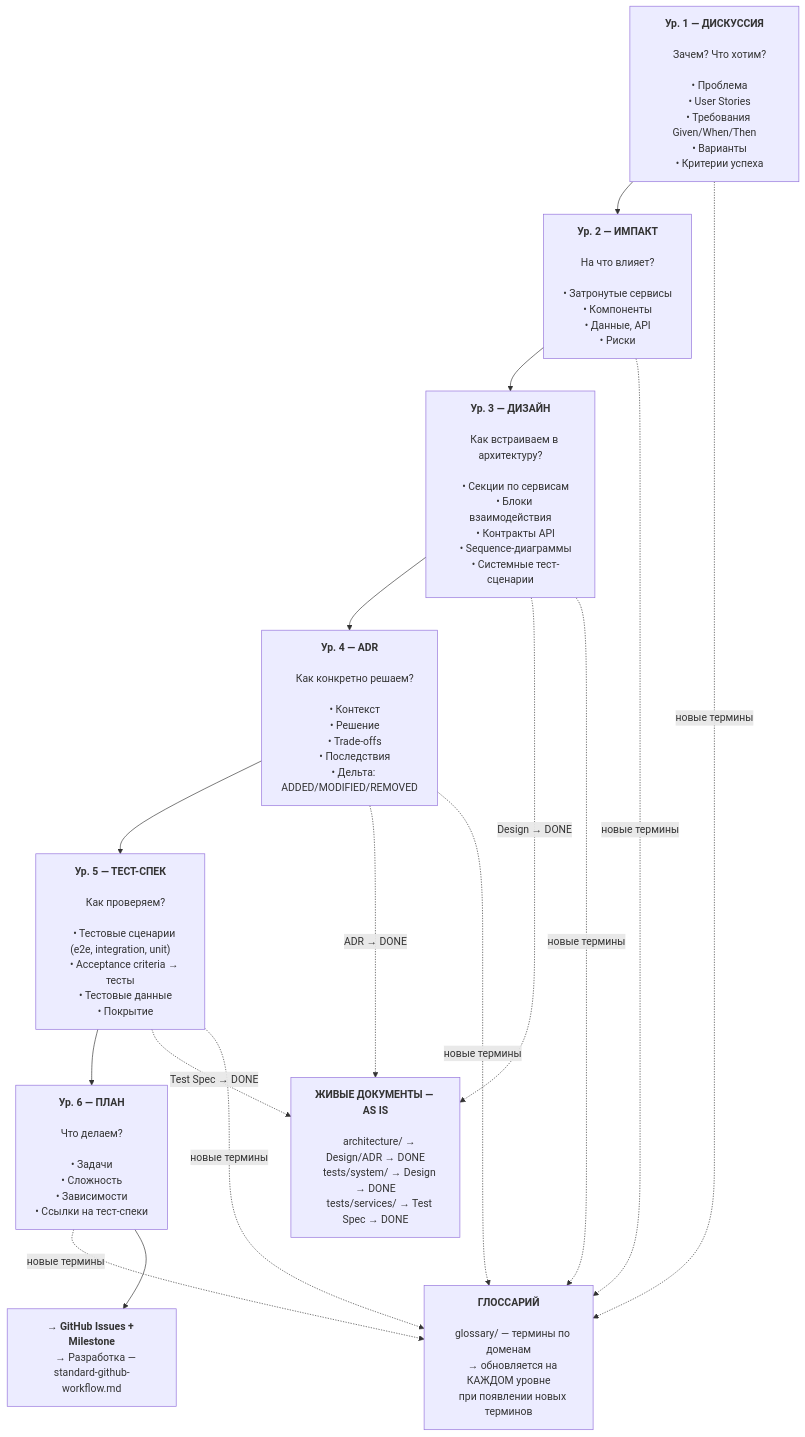
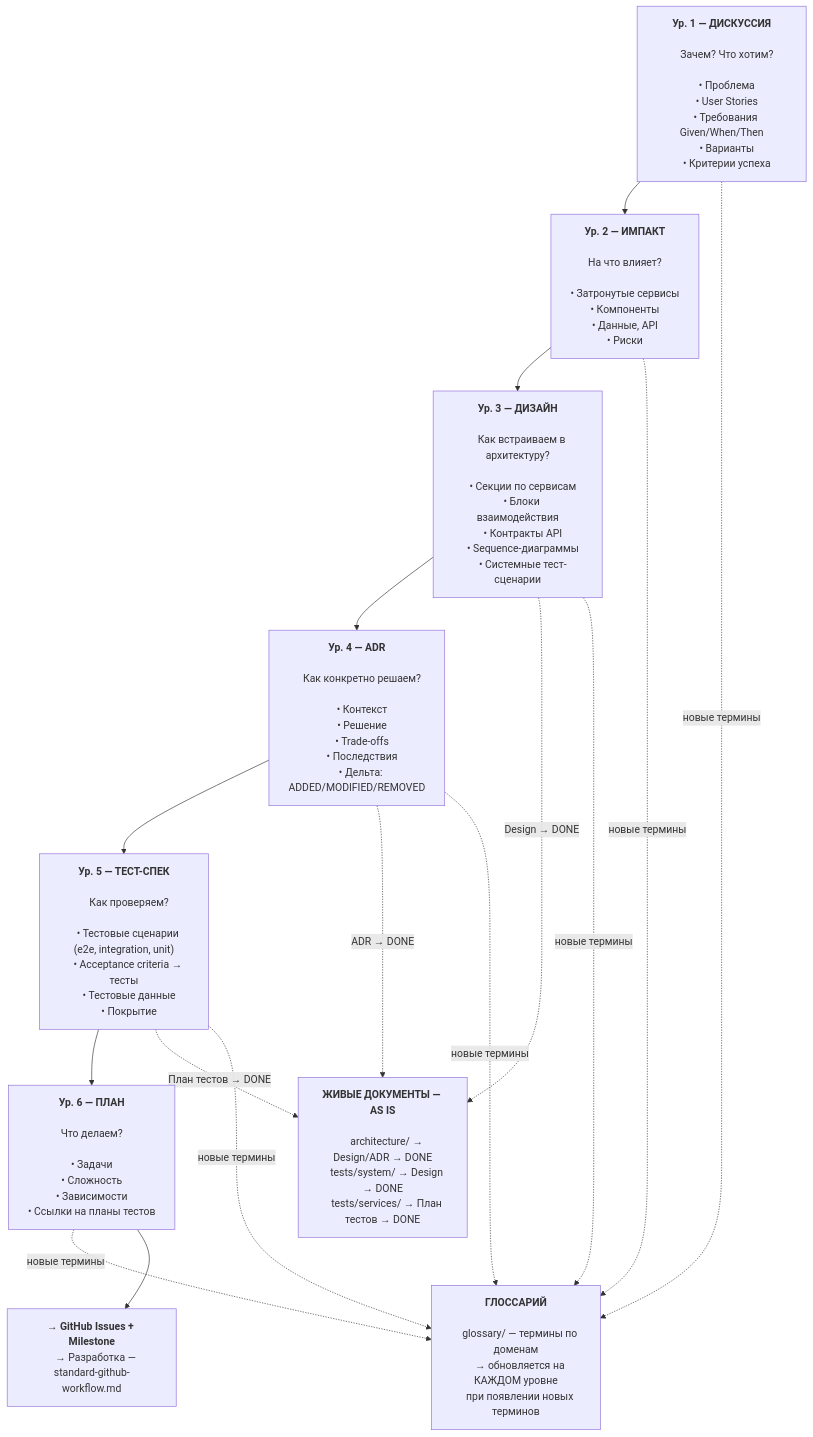
One commit to NSEvteev/FullSpec changed the first of 5 diagrams in .claude/drafts/examples/2026-02-08-specs-architecture.md. Above: the diagram before and after it, drawn with Mermaid. The commit also changed other lines of this file and 19 other files, not shown here.

````diff
--- a/.claude/drafts/examples/2026-02-08-specs-architecture.md
+++ b/.claude/drafts/examples/2026-02-08-specs-architecture.md
@@ -135,13 +135,13 @@
     • Задачи
     • Сложность
     • Зависимости
-    • Ссылки на тест-спеки"]
+    • Ссылки на планы тестов"]
 
     LIVE["<b>ЖИВЫЕ ДОКУМЕНТЫ — AS IS</b>
 
     architecture/ → Design/ADR → DONE
     tests/system/ → Design → DONE
-    tests/services/ → Test Spec → DONE"]
+    tests/services/ → План тестов → DONE"]
 
     GLOSS["<b>ГЛОССАРИЙ</b>
 
@@ -159,7 +159,7 @@
     T --> P
     DE -. "Design → DONE" .-> LIVE
     A -. "ADR → DONE" .-> LIVE
-    T -. "Test Spec → DONE" .-> LIVE
+    T -. "План тестов → DONE" .-> LIVE
     D & I & DE & A & T & P -. "новые термины" .-> GLOSS
     P --> DEV
 ```
````
